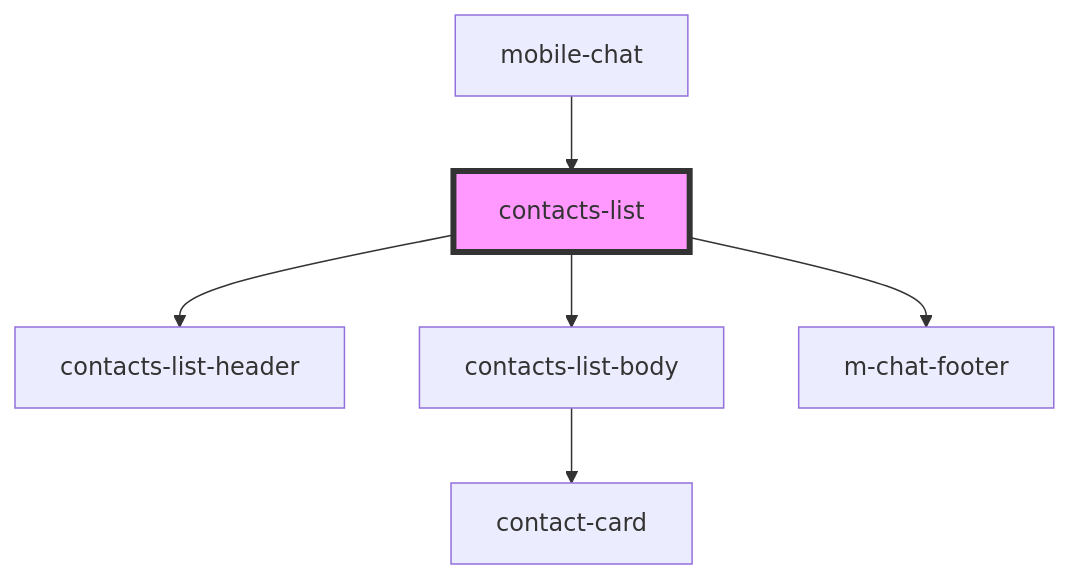
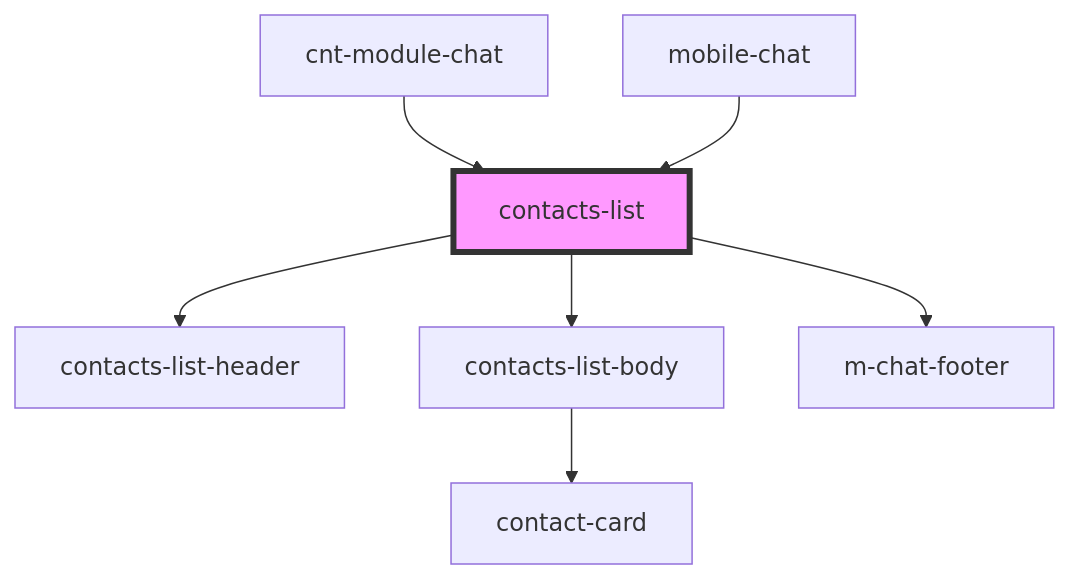
The diagram in src/components/shared/contacts-list/readme.md (saqhan/stencil-chat), drawn with Mermaid before and after one commit. The commit also changed other lines of this file and 26 other files, not shown here.

````diff
--- a/src/components/shared/contacts-list/readme.md
+++ b/src/components/shared/contacts-list/readme.md
@@ -40,9 +42,10 @@
 ```mermaid
 graph TD;
   contacts-list --> contacts-list-header
   contacts-list --> contacts-list-body
   contacts-list --> m-chat-footer
   contacts-list-body --> contact-card
+  cnt-module-chat --> contacts-list
   mobile-chat --> contacts-list
   style contacts-list fill:#f9f,stroke:#333,stroke-width:4px
 ```
````
